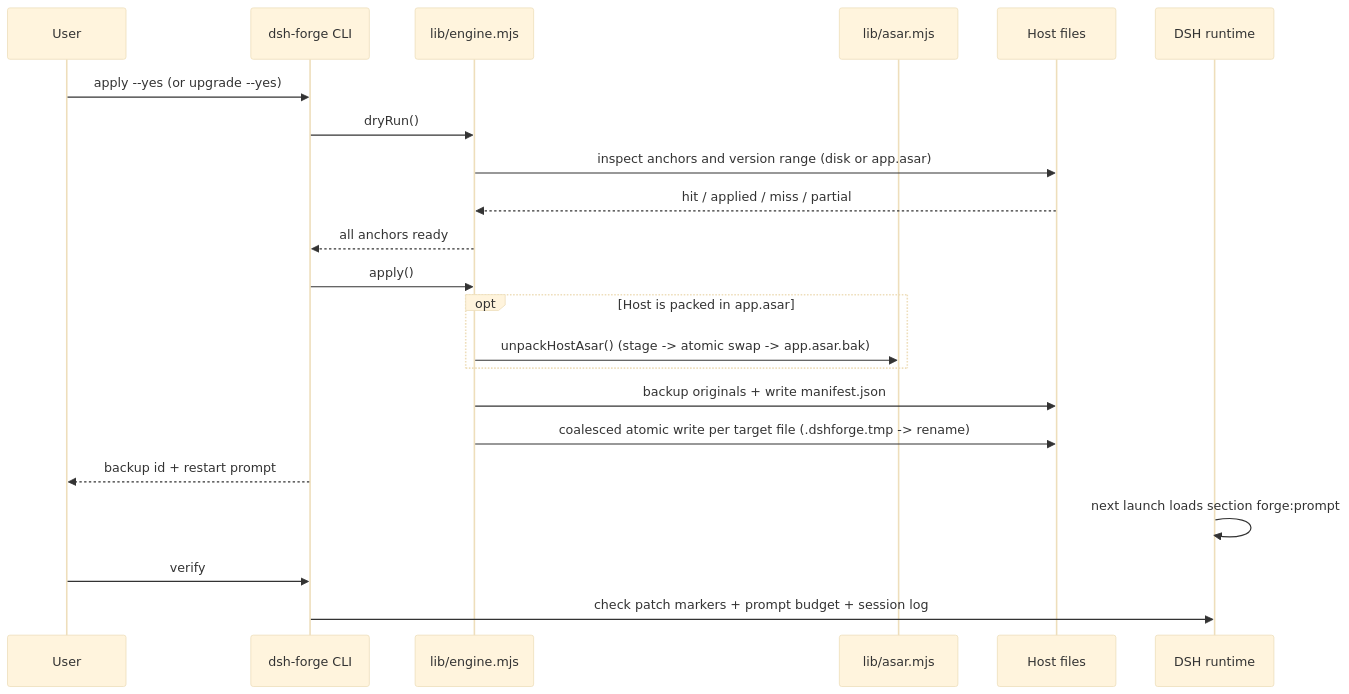
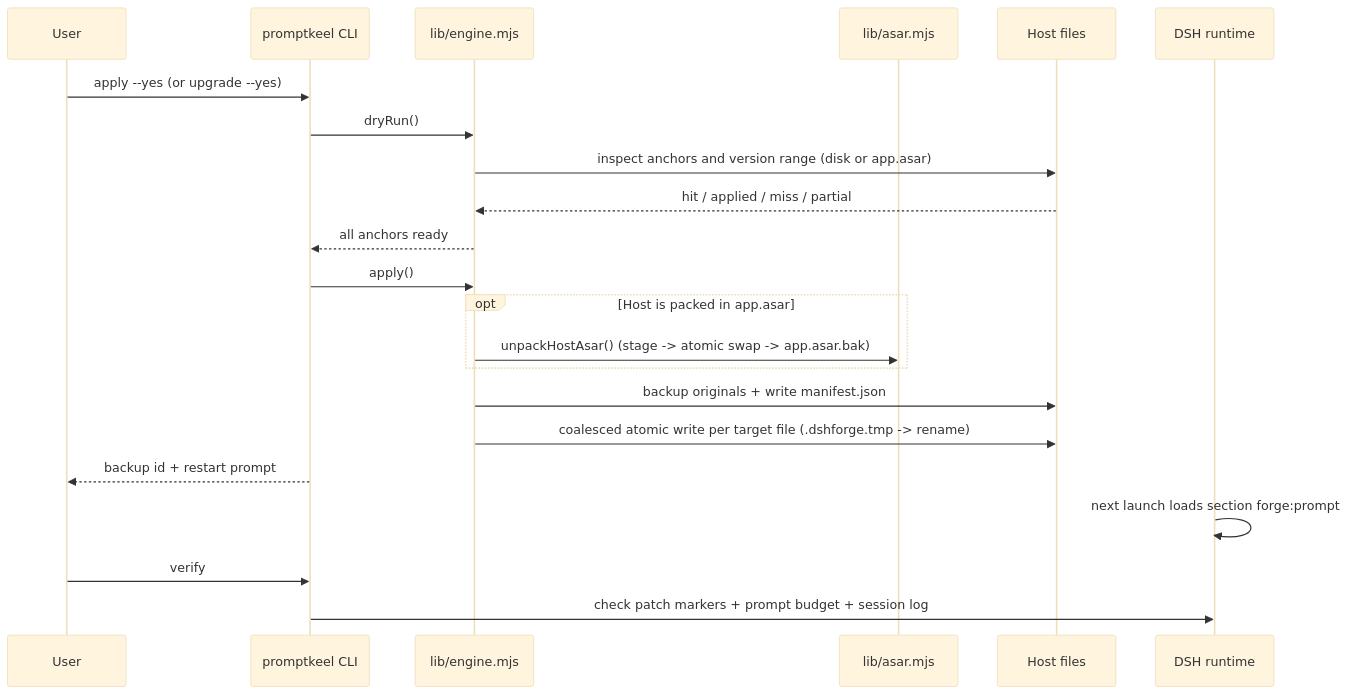
Before and after one commit to 1152405245hwc-coder/promptkeel: the first of 4 diagrams in docs/ARCHITECTURE.md, drawn with Mermaid (base theme). The commit also changed other lines of this file and 32 other files, not shown here.

````diff
--- a/docs/ARCHITECTURE.md
+++ b/docs/ARCHITECTURE.md
@@ -71,24 +73,24 @@
 ```mermaid
 sequenceDiagram
   participant U as User
-  participant CLI as dsh-forge CLI
+  participant CLI as promptkeel CLI
   participant E as lib/engine.mjs
   participant A as lib/asar.mjs
   participant H as Host files
   participant D as DSH runtime
   U->>CLI: apply --yes (or upgrade --yes)
   CLI->>E: dryRun()
   E->>H: inspect anchors and version range (disk or app.asar)
   H-->>E: hit / applied / miss / partial
   E-->>CLI: all anchors ready
   CLI->>E: apply()
   opt Host is packed in app.asar
     E->>A: unpackHostAsar() (stage -> atomic swap -> app.asar.bak)
   end
   E->>H: backup originals + write manifest.json
   E->>H: coalesced atomic write per target file (.dshforge.tmp -> rename)
   CLI-->>U: backup id + restart prompt
   D->>D: next launch loads section forge:prompt
   U->>CLI: verify
   CLI->>D: check patch markers + prompt budget + session log
 ```
````
